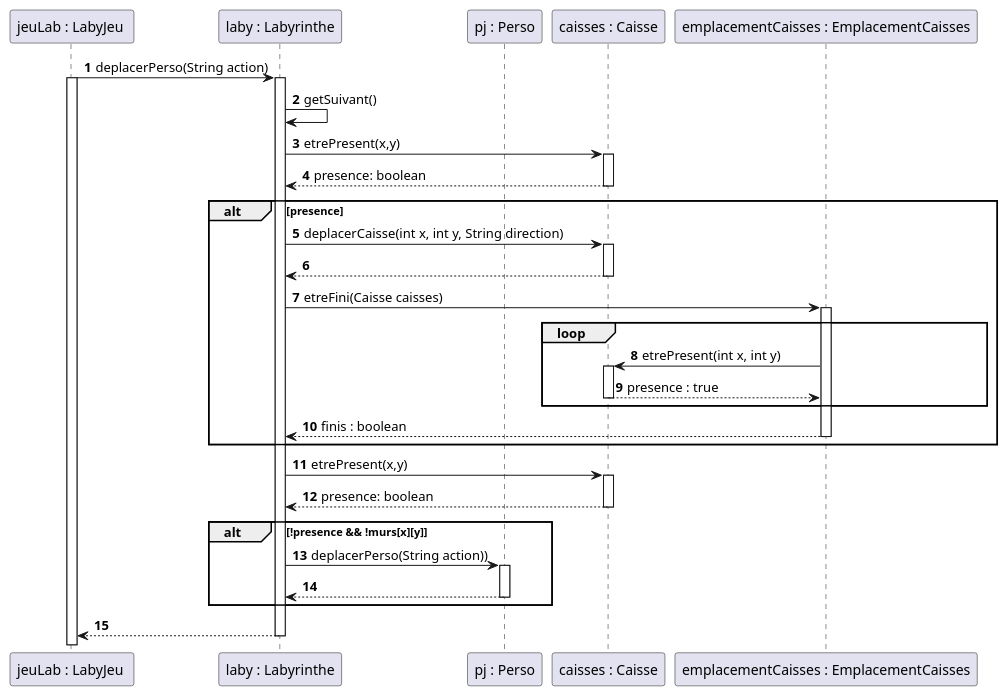
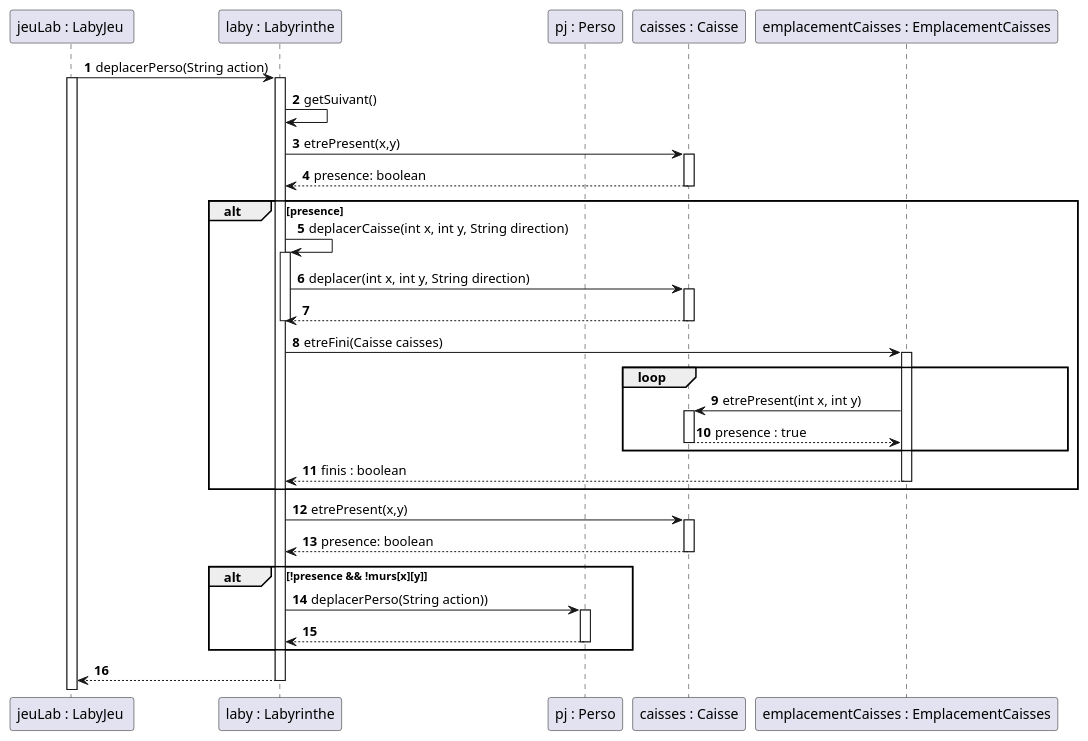
One commit to Flotss/Zeldiablo changed the diagram in documents/version_3/Diagramme sequence Probleme de Sokoban.puml. Above: the diagram before and after it, drawn with PlantUML. The commit also changed 1 other file, not shown here.

Commit message:
correctif diagramme sequence

```diff
--- a/documents/version_3/Diagramme sequence Probleme de Sokoban.puml
+++ b/documents/version_3/Diagramme sequence Probleme de Sokoban.puml
@@ -1,56 +1,59 @@
 @startuml
 'https://plantuml.com/sequence-diagram
 participant "jeuLab : LabyJeu " as lj
 participant "laby : Labyrinthe" as l
 participant "pj : Perso" as p
 participant "caisses : Caisse" as c
 participant "emplacementCaisses : EmplacementCaisses" as ep
 
 
 autonumber
 
 lj -> l : deplacerPerso(String action)
 activate lj
 activate l
 l -> l : getSuivant()
 l -> c : etrePresent(x,y)
 activate c
 l <-- c : presence: boolean
 deactivate c
 
 alt presence
-    l -> c : deplacerCaisse(int x, int y, String direction)
+    l -> l : deplacerCaisse(int x, int y, String direction)
+    activate l
+    l -> c : deplacer(int x, int y, String direction)
     activate c
     l <-- c
     deactivate c
+    deactivate l
      l -> ep : etreFini(Caisse caisses)
      activate ep
      loop
      ep -> c : etrePresent(int x, int y)
      activate c
      ep <-- c : presence : true
      deactivate c
      end
      l <-- ep : finis : boolean
      deactivate ep
 end
 l -> c : etrePresent(x,y)
 activate c
 l <-- c : presence: boolean
 deactivate c
 
 alt !presence && !murs[x][y]
 
     l -> p : deplacerPerso(String action))
     activate p
     l <-- p
     deactivate p
 end
 
 lj <-- l
 deactivate l
 
 
 
 
 @enduml
```
